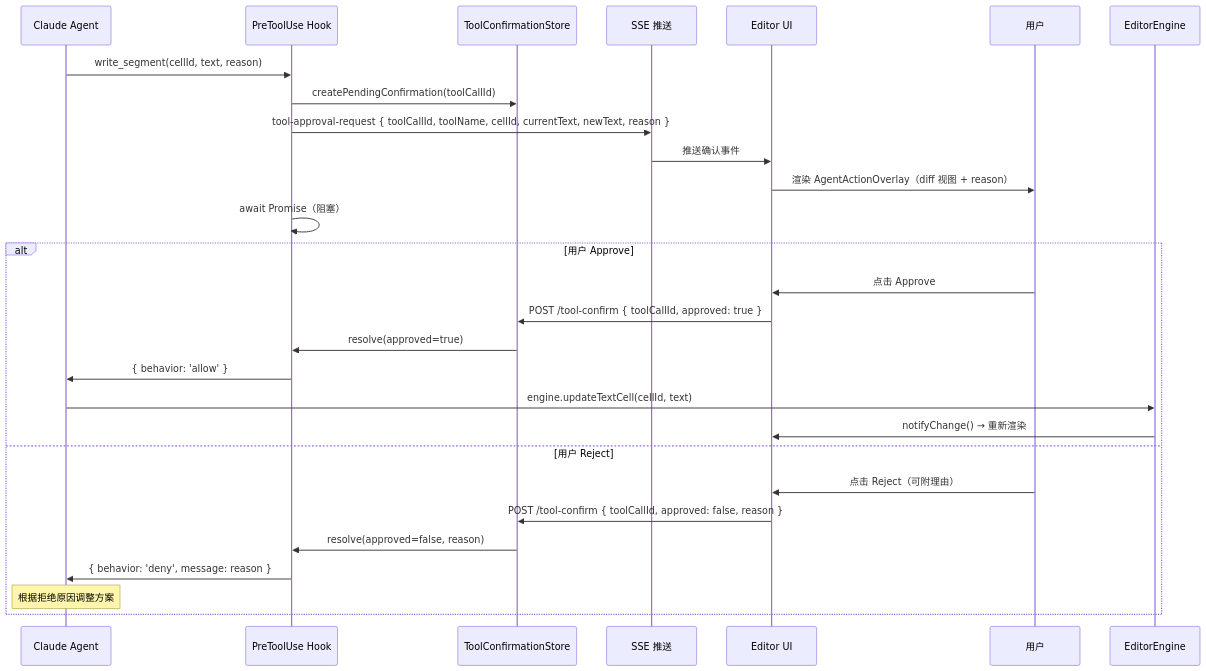
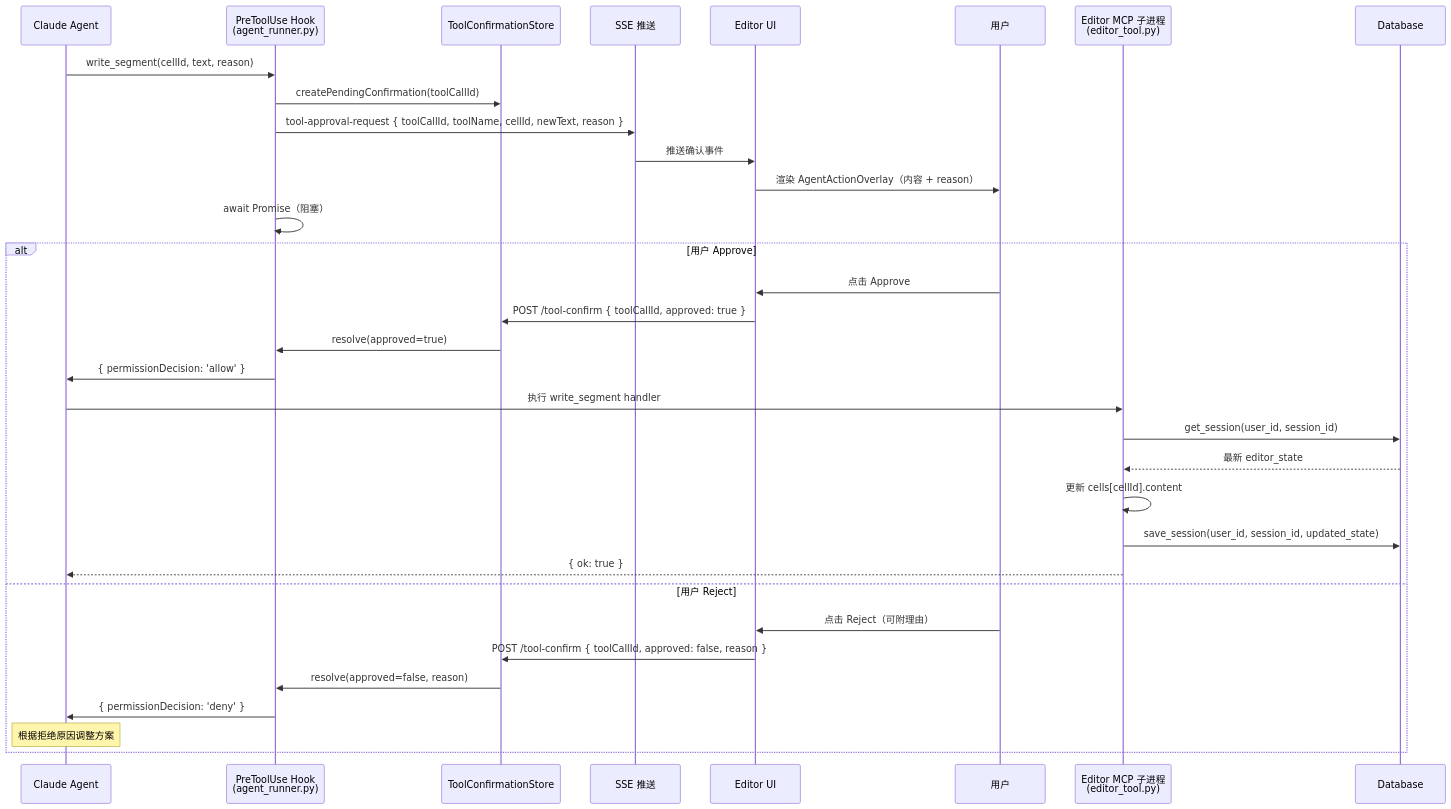
The diagram in docs/design/claude-agent/edit-point/mcp-tools.md (glide-the/im-dream), drawn with Mermaid before and after one commit. The commit also changed other lines of this file and 10 other files, not shown here.

````diff
--- a/docs/design/claude-agent/edit-point/mcp-tools.md
+++ b/docs/design/claude-agent/edit-point/mcp-tools.md
@@ -296,32 +284,37 @@
 ```mermaid
 sequenceDiagram
     participant Agent as Claude Agent
-    participant Hook as PreToolUse Hook
+    participant Hook as PreToolUse Hook<br/>(agent_runner.py)
     participant Store as ToolConfirmationStore
     participant SSE as SSE 推送
     participant UI as Editor UI
     participant Human as 用户
-    participant Engine as EditorEngine
+    participant MCP as Editor MCP 子进程<br/>(editor_tool.py)
+    participant DB as Database
 
     Agent->>Hook: write_segment(cellId, text, reason)
     Hook->>Store: createPendingConfirmation(toolCallId)
-    Hook->>SSE: tool-approval-request { toolCallId, toolName, cellId, currentText, newText, reason }
+    Hook->>SSE: tool-approval-request { toolCallId, toolName, cellId, newText, reason }
     SSE->>UI: 推送确认事件
-    UI->>Human: 渲染 AgentActionOverlay（diff 视图 + reason）
+    UI->>Human: 渲染 AgentActionOverlay（内容 + reason）
     Hook->>Hook: await Promise（阻塞）
 
     alt 用户 Approve
         Human->>UI: 点击 Approve
         UI->>Store: POST /tool-confirm { toolCallId, approved: true }
         Store->>Hook: resolve(approved=true)
-        Hook->>Agent: { behavior: 'allow' }
-        Agent->>Engine: engine.updateTextCell(cellId, text)
-        Engine->>UI: notifyChange() → 重新渲染
+        Hook->>Agent: { permissionDecision: 'allow' }
+        Agent->>MCP: 执行 write_segment handler
+        MCP->>DB: get_session(user_id, session_id)
+        DB-->>MCP: 最新 editor_state
+        MCP->>MCP: 更新 cells[cellId].content
+        MCP->>DB: save_session(user_id, session_id, updated_state)
+        MCP-->>Agent: { ok: true }
     else 用户 Reject
         Human->>UI: 点击 Reject（可附理由）
         UI->>Store: POST /tool-confirm { toolCallId, approved: false, reason }
         Store->>Hook: resolve(approved=false, reason)
-        Hook->>Agent: { behavior: 'deny', message: reason }
+        Hook->>Agent: { permissionDecision: 'deny' }
         Note over Agent: 根据拒绝原因调整方案
     end
 ```
````
